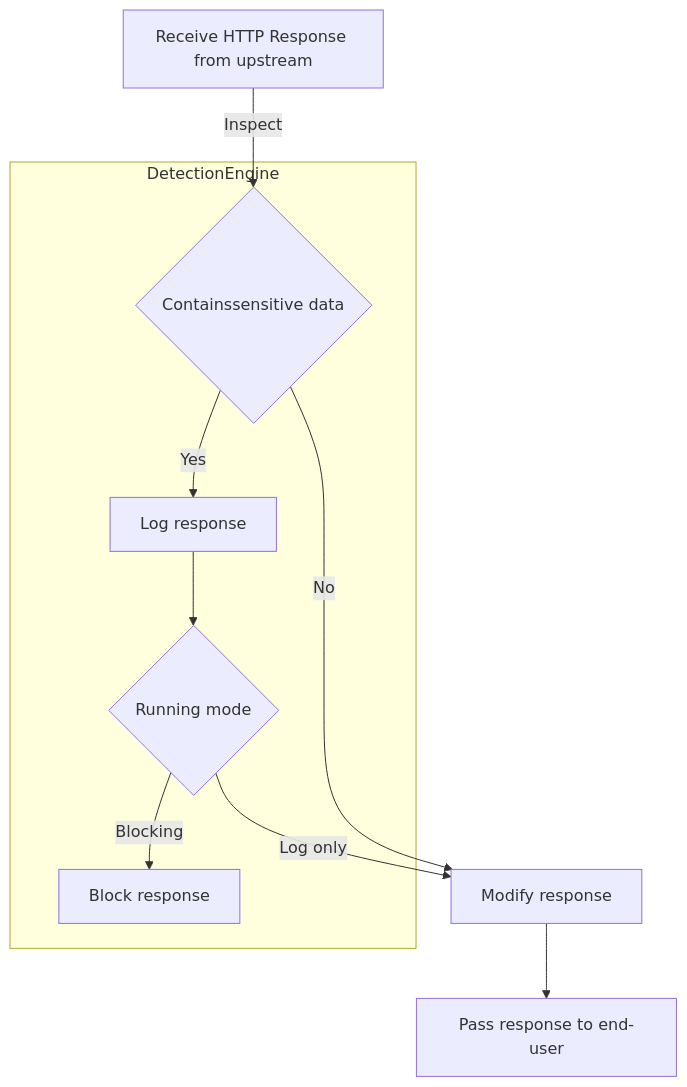
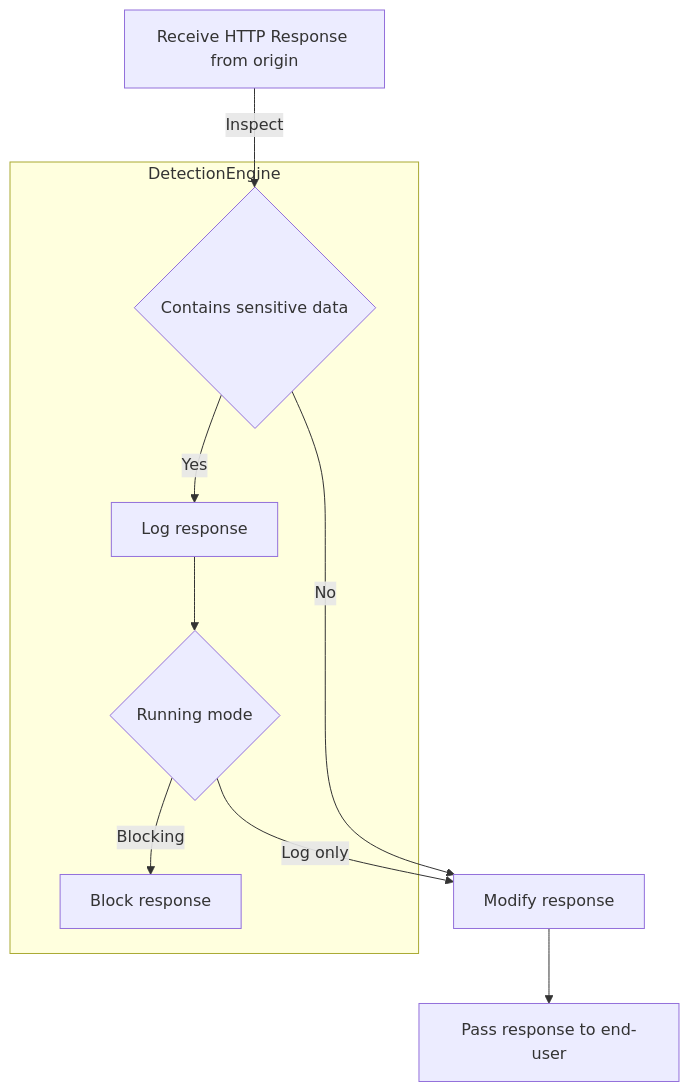
One commit to mcdobr/yawaf changed the diagram in doc/diagrams/activity_response.mmd. Above: the diagram before and after it, drawn with Mermaid. The commit also changed 1 other file, not shown here.

Commit message:
Rename upstream to origin

```diff
--- a/doc/diagrams/activity_response.mmd
+++ b/doc/diagrams/activity_response.mmd
@@ -1,12 +1,12 @@
 graph TD
-    A[Receive HTTP Response from upstream] --> |Inspect| B{Containssensitive data}
+    A[Receive HTTP Response from origin] --> |Inspect| B{Contains sensitive data}
 
     subgraph DetectionEngine
     B --> |Yes|C[Log response]
     C --> F{Running mode}
     F --> |Blocking| G[Block response]
     end DetectionEngine
 
     B --> |No|D[No]
     F --> |Log only| D[Modify response]
     D --> I[Pass response to end-user]
```
